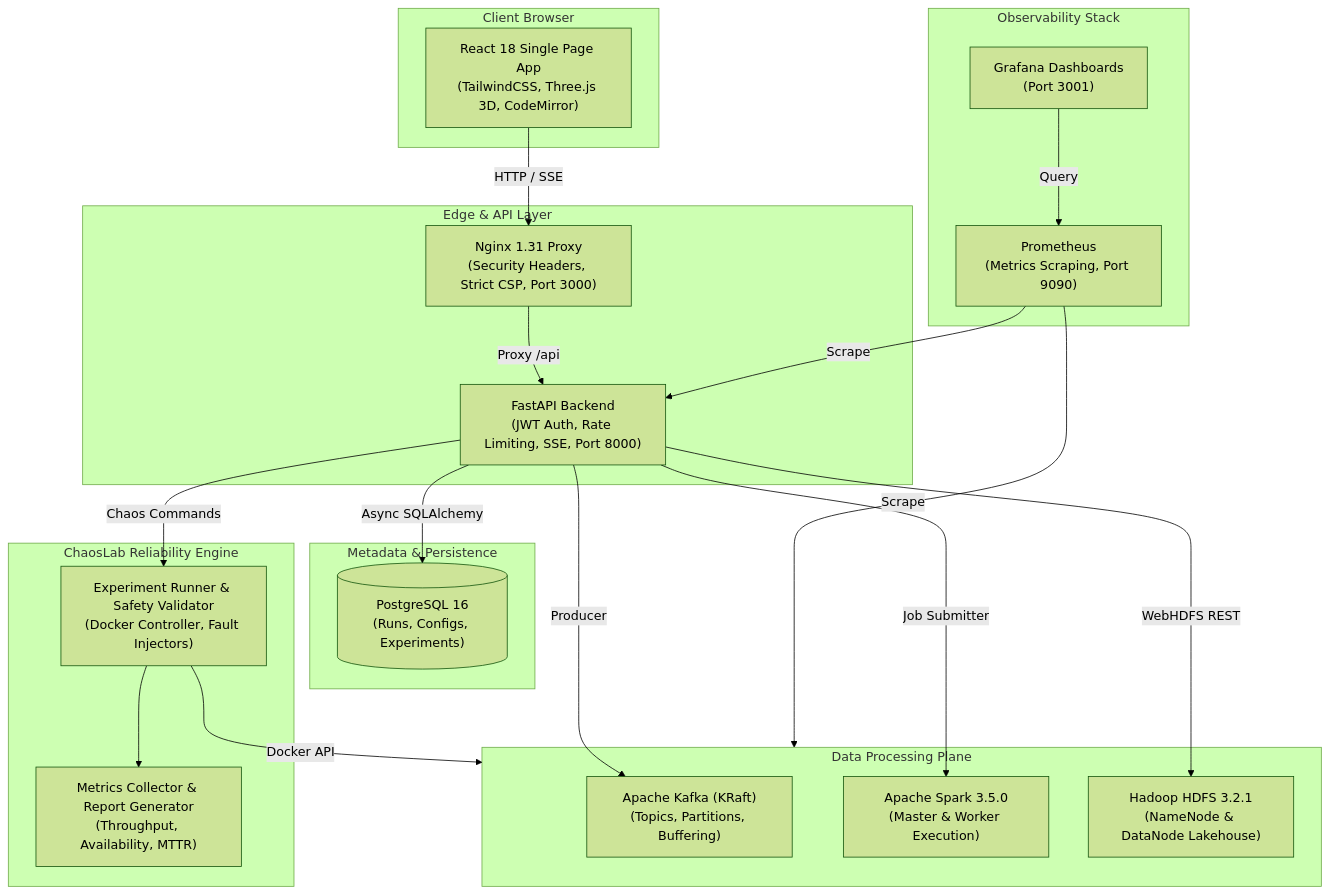
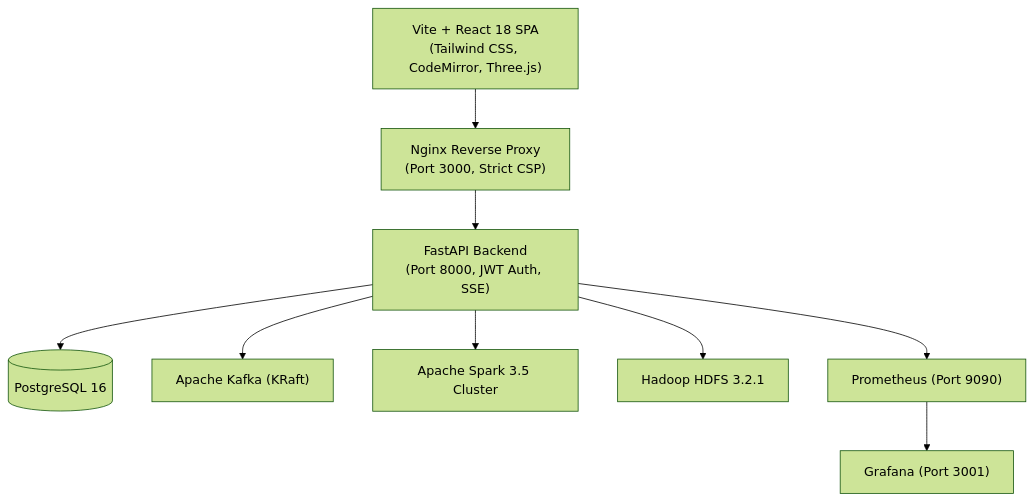
The diagram in README.md (Mohamed-Abdelaty/Grad), drawn with Mermaid (forest theme) before and after one commit. The commit also changed other lines of this file and 13 other files, not shown here.

````diff
--- a/README.md
+++ b/README.md
@@ -16,44 +20,22 @@
 ```mermaid
 flowchart TD
-    subgraph Client ["Client Browser"]
-        UI["React 18 Single Page App<br/>(TailwindCSS, Three.js 3D, CodeMirror)"]
-    end
+    UI["Vite + React 18 SPA<br/>(Tailwind CSS, CodeMirror, Three.js)"]
+    NGINX["Nginx Reverse Proxy<br/>(Port 3000, Strict CSP)"]
+    API["FastAPI Backend<br/>(Port 8000, JWT Auth, SSE)"]
 
-    subgraph Gateway ["Edge & API Layer"]
-        NGINX["Nginx 1.31 Proxy<br/>(Security Headers, Strict CSP, Port 3000)"]
-        API["FastAPI Backend<br/>(JWT Auth, Rate Limiting, SSE, Port 8000)"]
-    end
+    PG[("PostgreSQL 16")]
+    KAFKA["Apache Kafka (KRaft)"]
+    SPARK["Apache Spark 3.5 Cluster"]
+    HDFS["Hadoop HDFS 3.2.1"]
+    PROM["Prometheus (Port 9090)"]
+    GRAF["Grafana (Port 3001)"]
 
-    subgraph Storage ["Metadata & Persistence"]
-        PG[("PostgreSQL 16<br/>(Runs, Configs, Experiments)")]
-    end
-
-    subgraph DataPlane ["Data Processing Plane"]
-        KAFKA["Apache Kafka (KRaft)<br/>(Topics, Partitions, Buffering)"]
-        SPARK["Apache Spark 3.5.0<br/>(Master & Worker Execution)"]
-        HDFS["Hadoop HDFS 3.2.1<br/>(NameNode & DataNode Lakehouse)"]
-    end
-
-    subgraph Reliability ["ChaosLab Reliability Engine"]
-        CHAOS["Experiment Runner & Safety Validator<br/>(Docker Controller, Fault Injectors)"]
-        METRICS["Metrics Collector & Report Generator<br/>(Throughput, Availability, MTTR)"]
-    end
-
-    subgraph Observability ["Observability Stack"]
-        PROM["Prometheus<br/>(Metrics Scraping, Port 9090)"]
-        GRAF["Grafana Dashboards<br/>(Port 3001)"]
-    end
-
-    UI -->|HTTP / SSE| NGINX
-    NGINX -->|Proxy /api| API
-    API -->|Async SQLAlchemy| PG
-    API -->|Producer| KAFKA
-    API -->|Job Submitter| SPARK
-    API -->|WebHDFS REST| HDFS
-    API -->|Chaos Commands| CHAOS
-    CHAOS -->|Docker API| DataPlane
-    CHAOS --> METRICS
-    PROM -->|Scrape| API
-    PROM -->|Scrape| DataPlane
-    GRAF -->|Query| PROM
+    UI --> NGINX
+    NGINX --> API
+    API --> PG
+    API --> KAFKA
+    API --> SPARK
+    API --> HDFS
+    API --> PROM
+    PROM --> GRAF
 ```
````
